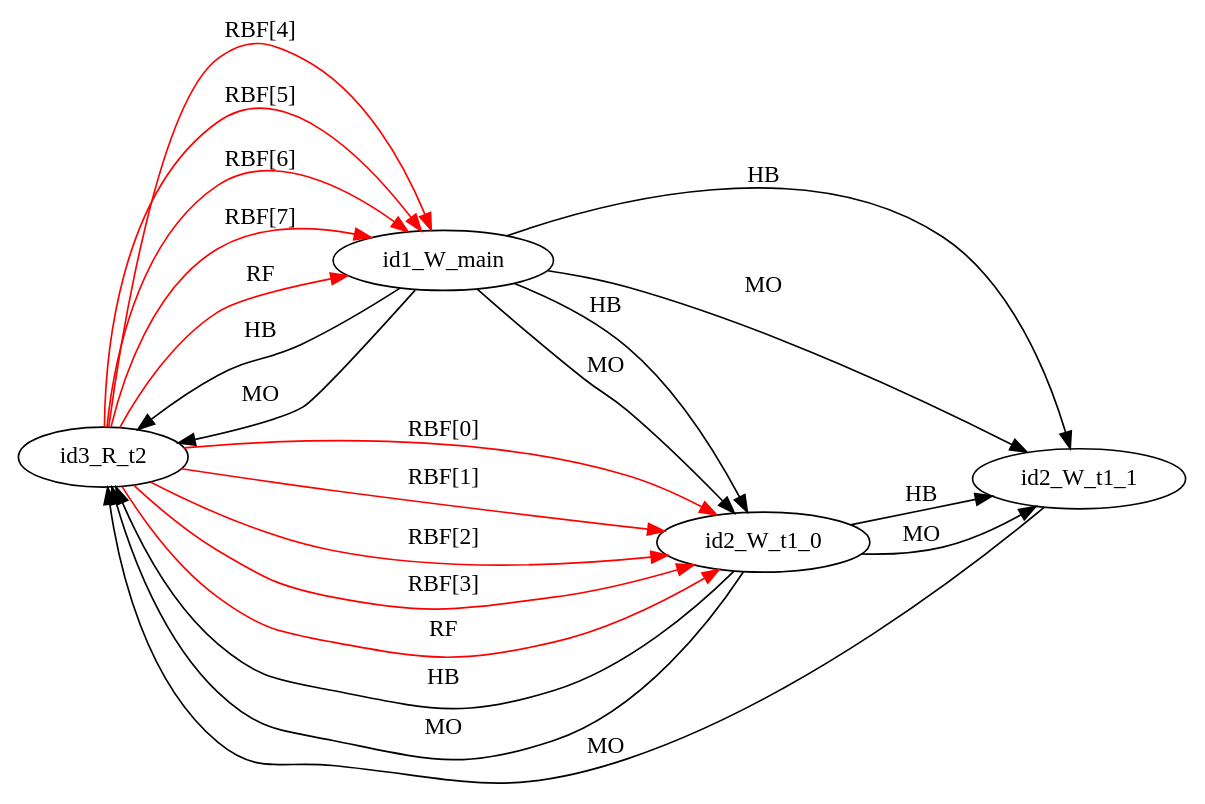
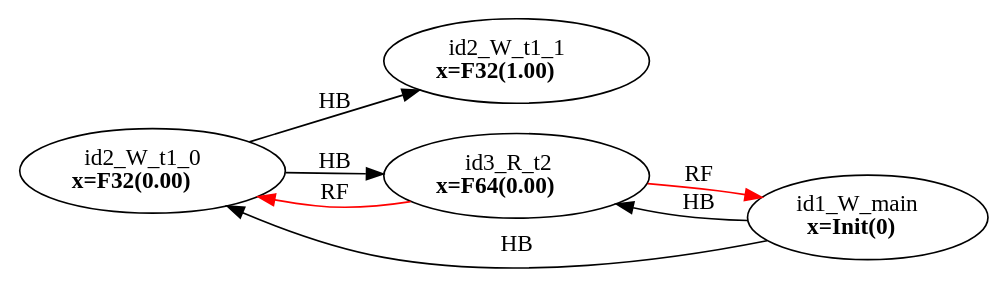
Before and after one commit to FMJS/EMME: the diagram in examples/single_var/sv_simple10/mm2.dot, drawn with Graphviz. The commit also changed 528 other files, not shown here.

```diff
--- a/examples/single_var/sv_simple10/mm2.dot
+++ b/examples/single_var/sv_simple10/mm2.dot
@@ -1,24 +1,14 @@
 digraph memory_model {
 rankdir=LR;
-id3_R_t2 -> id1_W_main [label = "RBF[4]", color="red"];
-id3_R_t2 -> id1_W_main [label = "RBF[5]", color="red"];
-id3_R_t2 -> id1_W_main [label = "RBF[6]", color="red"];
-id3_R_t2 -> id1_W_main [label = "RBF[7]", color="red"];
-id3_R_t2 -> id2_W_t1_0 [label = "RBF[0]", color="red"];
-id3_R_t2 -> id2_W_t1_0 [label = "RBF[1]", color="red"];
-id3_R_t2 -> id2_W_t1_0 [label = "RBF[2]", color="red"];
-id3_R_t2 -> id2_W_t1_0 [label = "RBF[3]", color="red"];
+splines=true; esep=0.5;
+id2_W_t1_0 -> id2_W_t1_1 [label = "HB", color="black"];
+id1_W_main -> id2_W_t1_0 [label = "HB", color="black"];
+id1_W_main -> id3_R_t2 [label = "HB", color="black"];
+id2_W_t1_0 -> id3_R_t2 [label = "HB", color="black"];
 id3_R_t2 -> id1_W_main [label = "RF", color="red"];
 id3_R_t2 -> id2_W_t1_0 [label = "RF", color="red"];
-id2_W_t1_0 -> id2_W_t1_1 [label = "HB", color="black"];
-id1_W_main -> id2_W_t1_0 [label = "HB", color="black"];
-id1_W_main -> id2_W_t1_1 [label = "HB", color="black"];
-id1_W_main -> id3_R_t2 [label = "HB", color="black"];
-id2_W_t1_0 -> id3_R_t2 [label = "HB", color="black"];
-id2_W_t1_0 -> id2_W_t1_1 [label = "MO", color="black"];
-id1_W_main -> id2_W_t1_0 [label = "MO", color="black"];
-id1_W_main -> id2_W_t1_1 [label = "MO", color="black"];
-id1_W_main -> id3_R_t2 [label = "MO", color="black"];
-id2_W_t1_0 -> id3_R_t2 [label = "MO", color="black"];
-id2_W_t1_1 -> id3_R_t2 [label = "MO", color="black"];
+id1_W_main [label=<id1_W_main<br/><B>x=Init(0)</B>>, pos="2.5,4!"]
+id2_W_t1_0 [label=<id2_W_t1_0<br/><B>x=F32(0.00)</B>>, pos="0,2!"]
+id2_W_t1_1 [label=<id2_W_t1_1<br/><B>x=F32(1.00)</B>>, pos="0,0!"]
+id3_R_t2 [label=<id3_R_t2<br/><B>x=F64(0.00)</B>>, pos="5,2!"]
 }
```
